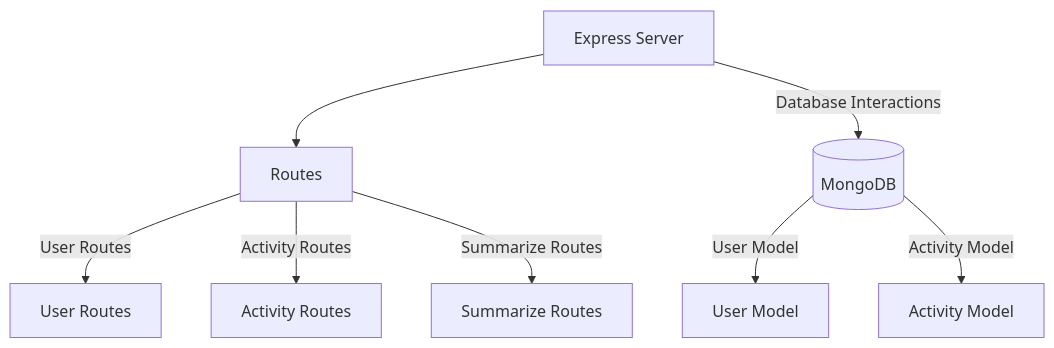
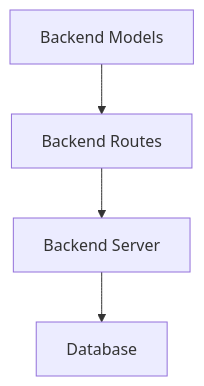
Before and after one commit to SaiTeja-1701/codeAtlas101: the second of 5 diagrams in server/generated_docs/B09.git/architecture.md, drawn with Mermaid. The commit also changed other lines of this file and 6 other files, not shown here.

Commit message:
fix mermaid rendering and improve docs stability

````diff
--- a/server/generated_docs/B09.git/architecture.md
+++ b/server/generated_docs/B09.git/architecture.md
@@ -33,17 +21,9 @@
 ```mermaid
 graph TD
-    Server[Express Server]
-    --> Routes[Routes]
-    Routes
-    -->|User Routes| UserRoutes[User Routes]
-    Routes
-    -->|Activity Routes| ActivityRoutes[Activity Routes]
-    Routes
-    -->|Summarize Routes| SummarizeRoutes[Summarize Routes]
+    Model[Backend Models]
+    --> Route[Backend Routes]
+    Route
+    --> Server[Backend Server]
     Server
-    -->|Database Interactions| Database[(MongoDB)]
-    Database
-    -->|User Model| User[User Model]
-    Database
-    -->|Activity Model| Activity[Activity Model]
+    --> Database
 ```
````
